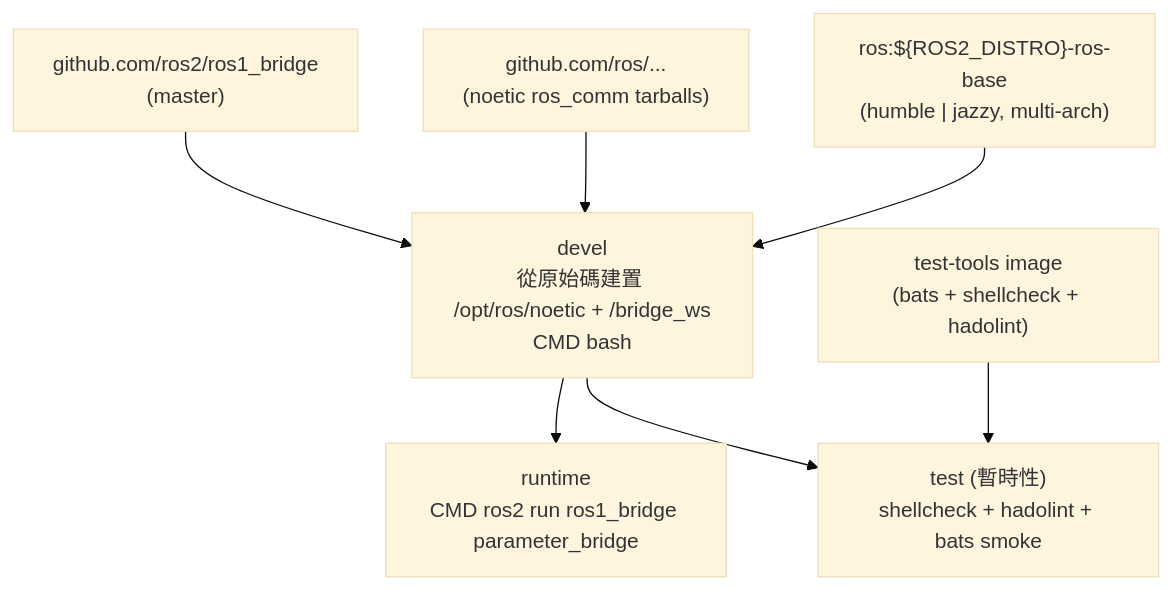
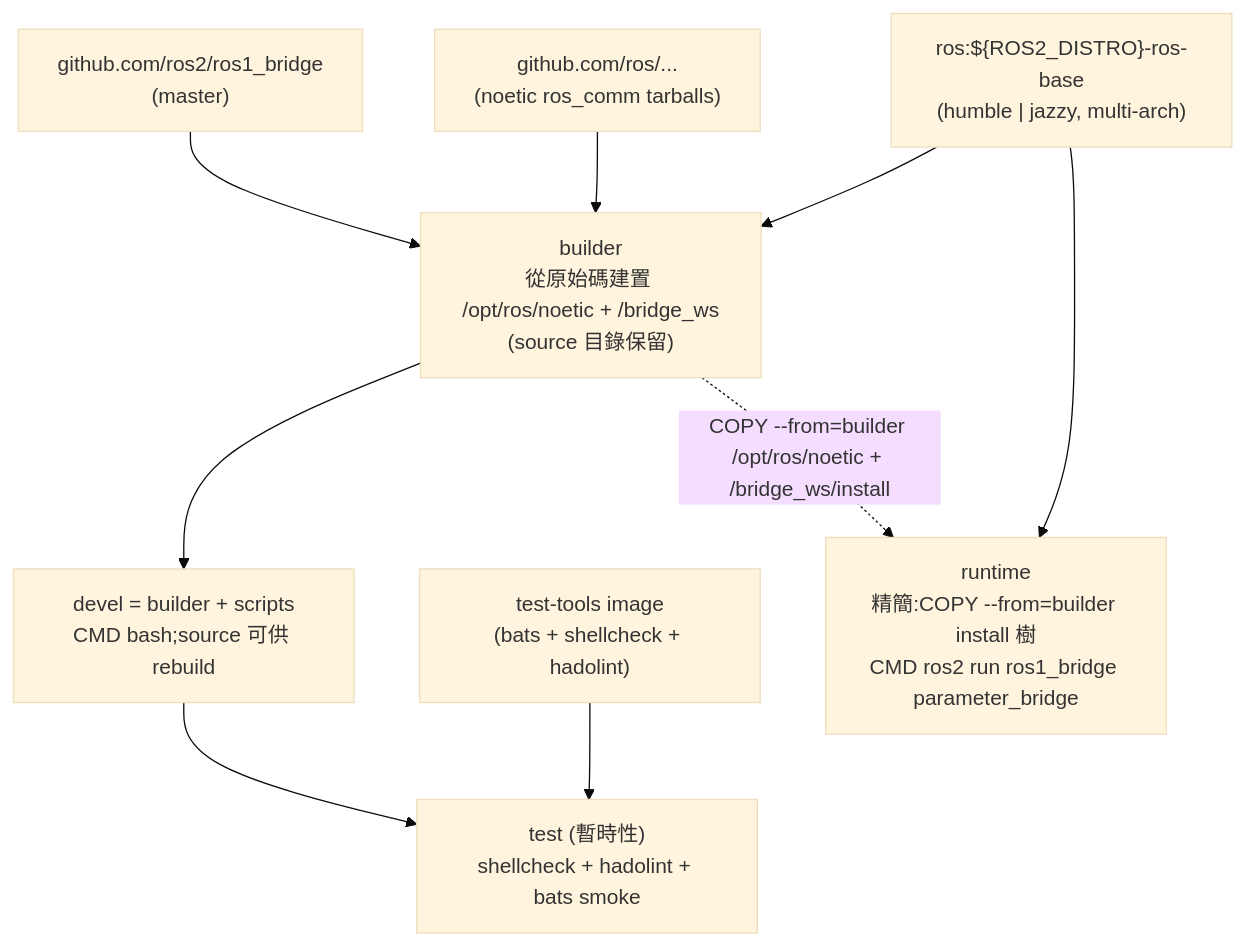
The diagram in doc/README.zh-TW.md (ycpss91255-docker/ros1_bridge), drawn with Mermaid (base theme) before and after one commit. The commit also changed other lines of this file and 8 other files, not shown here.

````diff
--- a/doc/README.zh-TW.md
+++ b/doc/README.zh-TW.md
@@ -182,17 +182,20 @@
 ```mermaid
 graph TD
     EXT1["test-tools image\n(bats + shellcheck + hadolint)"]
     EXT3["ros:${ROS2_DISTRO}-ros-base\n(humble | jazzy, multi-arch)"]
     EXT4["github.com/ros/...\n(noetic ros_comm tarballs)"]
     EXT5["github.com/ros2/ros1_bridge\n(master)"]
 
-    EXT3 --> devel["devel\n從原始碼建置 /opt/ros/noetic + /bridge_ws\nCMD bash"]
-    EXT4 --> devel
-    EXT5 --> devel
+    EXT3 --> builder["builder\n從原始碼建置 /opt/ros/noetic + /bridge_ws\n(source 目錄保留)"]
+    EXT4 --> builder
+    EXT5 --> builder
 
-    devel --> runtime["runtime\nCMD ros2 run ros1_bridge parameter_bridge"]
+    builder --> devel["devel = builder + scripts\nCMD bash;source 可供 rebuild"]
+
+    EXT3 --> runtime["runtime\n精簡:COPY --from=builder install 樹\nCMD ros2 run ros1_bridge parameter_bridge"]
+    builder -.->|COPY --from=builder /opt/ros/noetic + /bridge_ws/install| runtime
 
     EXT1 --> test["test (暫時性)\nshellcheck + hadolint + bats smoke"]
     devel --> test
 
 ```
````
